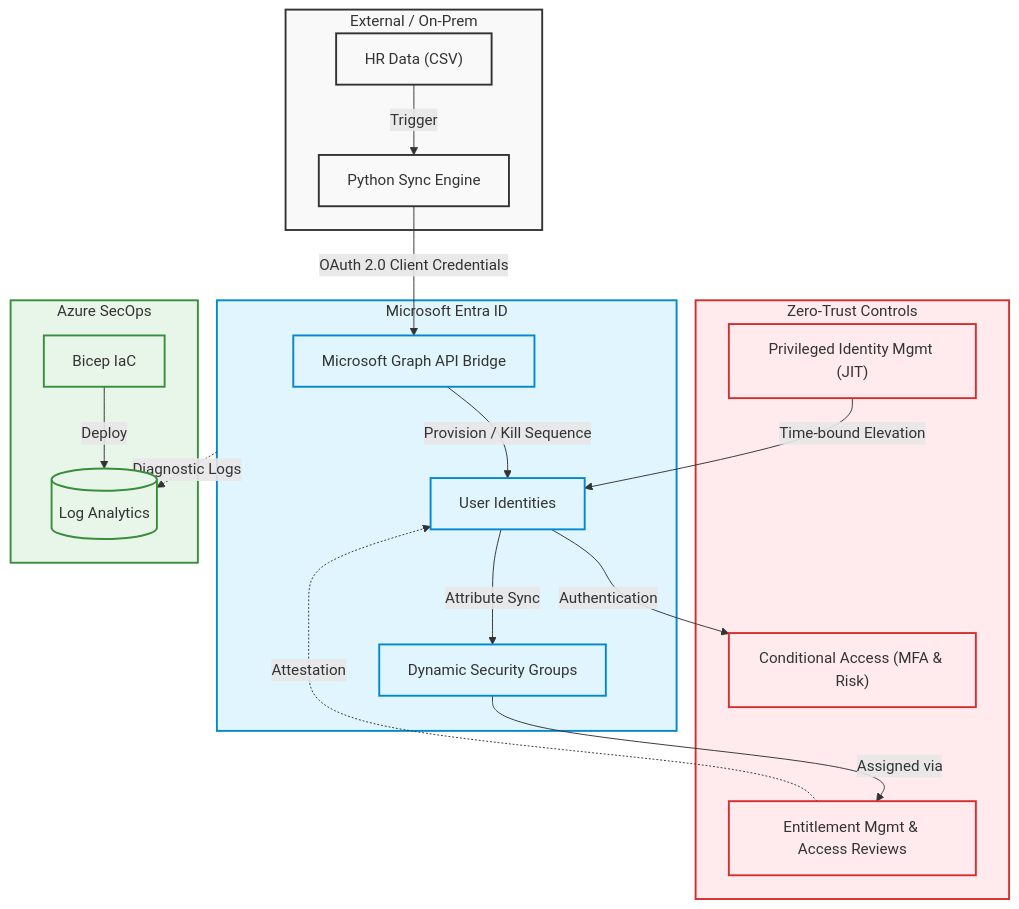
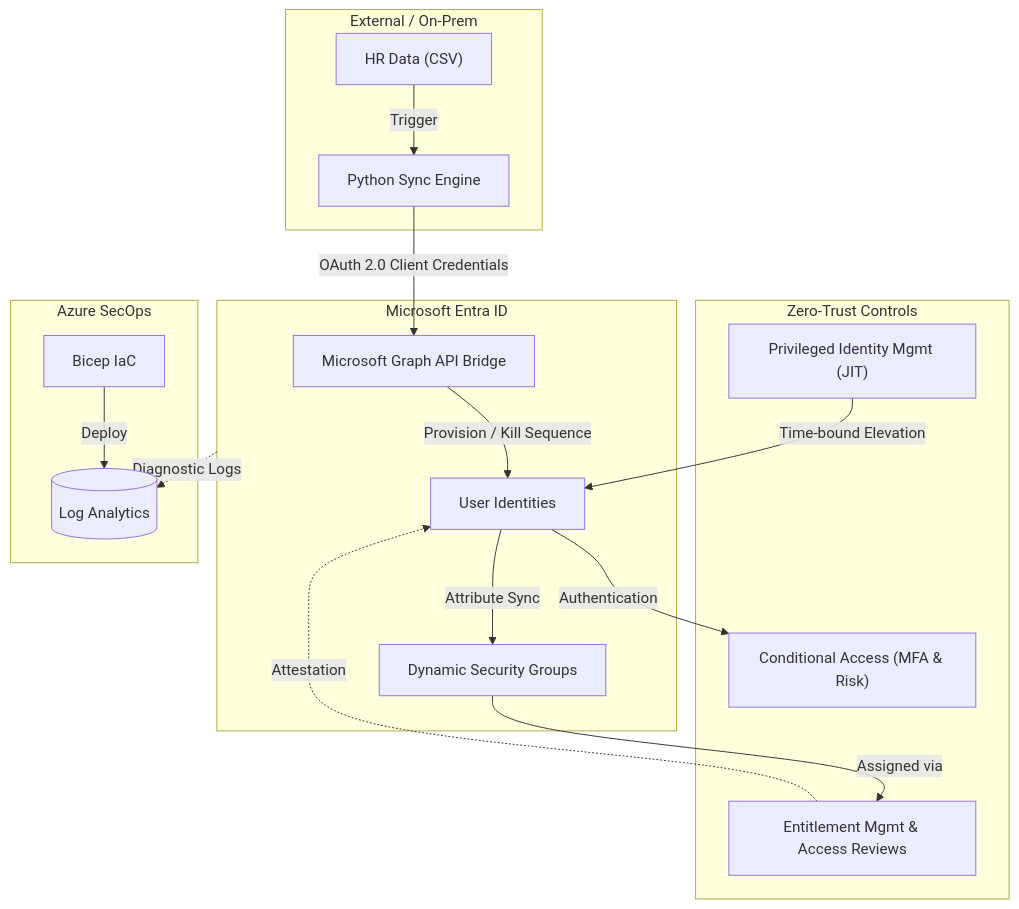
Before and after one commit to IAM-KishoreRamesh/Identity-Management: the diagram in README.md, drawn with Mermaid.

Commit message:
Added Architecture diagram

````diff
--- a/README.md
+++ b/README.md
@@ -40,54 +40,42 @@
 ```mermaid
 graph TD
-    %% Define Styles
-    classDef external fill:#f9f9f9,stroke:#333,stroke-width:2px;
-    classDef core fill:#e1f5fe,stroke:#0288d1,stroke-width:2px;
-    classDef sec fill:#ffebee,stroke:#d32f2f,stroke-width:2px;
-    classDef gov fill:#e8f5e9,stroke:#388e3c,stroke-width:2px;
-
     %% External Systems
     subgraph External ["External / On-Prem"]
         HR["HR Data (CSV)"]
         Sync["Python Sync Engine"]
     end
 
     %% Entra ID Core
     subgraph EntraID ["Microsoft Entra ID"]
         Graph["Microsoft Graph API Bridge"]
         Users["User Identities"]
         Groups["Dynamic Security Groups"]
     end
 
     %% Security & Governance
     subgraph Controls ["Zero-Trust Controls"]
         CA["Conditional Access (MFA & Risk)"]
         PIM["Privileged Identity Mgmt (JIT)"]
         Gov["Entitlement Mgmt & Access Reviews"]
     end
     
     %% Telemetry
     subgraph Telemetry ["Azure SecOps"]
         Bicep["Bicep IaC"]
         LA[("Log Analytics")]
     end
 
     %% Relationships
     HR -->|"Trigger"| Sync
     Sync -->|"OAuth 2.0 Client Credentials"| Graph
     Graph -->|"Provision / Kill Sequence"| Users
     Users -->|"Attribute Sync"| Groups
     
     Users -->|"Authentication"| CA
     Groups -->|"Assigned via"| Gov
     Gov -.->|"Attestation"| Users
     PIM -->|"Time-bound Elevation"| Users
 
     Bicep -->|"Deploy"| LA
     EntraID -.->|"Diagnostic Logs"| LA
-
-    %% Apply Styles
-    class External,HR,Sync external;
-    class EntraID,Graph,Users,Groups core;
-    class Controls,CA,PIM,Gov sec;
-    class Telemetry,Bicep,LA gov;
 ```
````
